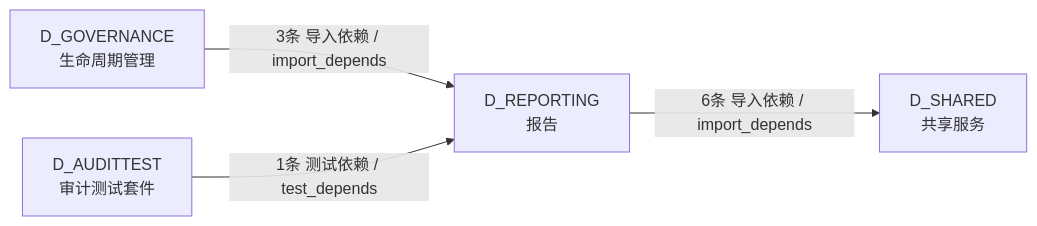
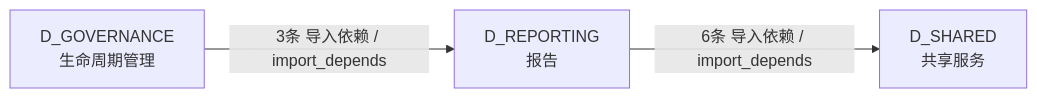
Before and after one commit to xuanFelixVan/ZephyrAlpha: the fourth of 4 diagrams in docs/02_enterprise_architecture/02_domain_architecture_docs/16_d_reporting.md, drawn with Mermaid. The commit also changed other lines of this file and 100 other files, not shown here.

````diff
--- a/docs/02_enterprise_architecture/02_domain_architecture_docs/16_d_reporting.md
+++ b/docs/02_enterprise_architecture/02_domain_architecture_docs/16_d_reporting.md
@@ -196,10 +196,8 @@
 ```mermaid
 graph LR
     D_REPORTING["D_REPORTING<br/>报告"]
     D_SHARED["D_SHARED<br/>共享服务"]
     D_GOVERNANCE["D_GOVERNANCE<br/>生命周期管理"]
-    D_AUDITTEST["D_AUDITTEST<br/>审计测试套件"]
     D_REPORTING -->|6条 导入依赖 / import_depends| D_SHARED
     D_GOVERNANCE -->|3条 导入依赖 / import_depends| D_REPORTING
-    D_AUDITTEST -->|1条 测试依赖 / test_depends| D_REPORTING
 ```
````
